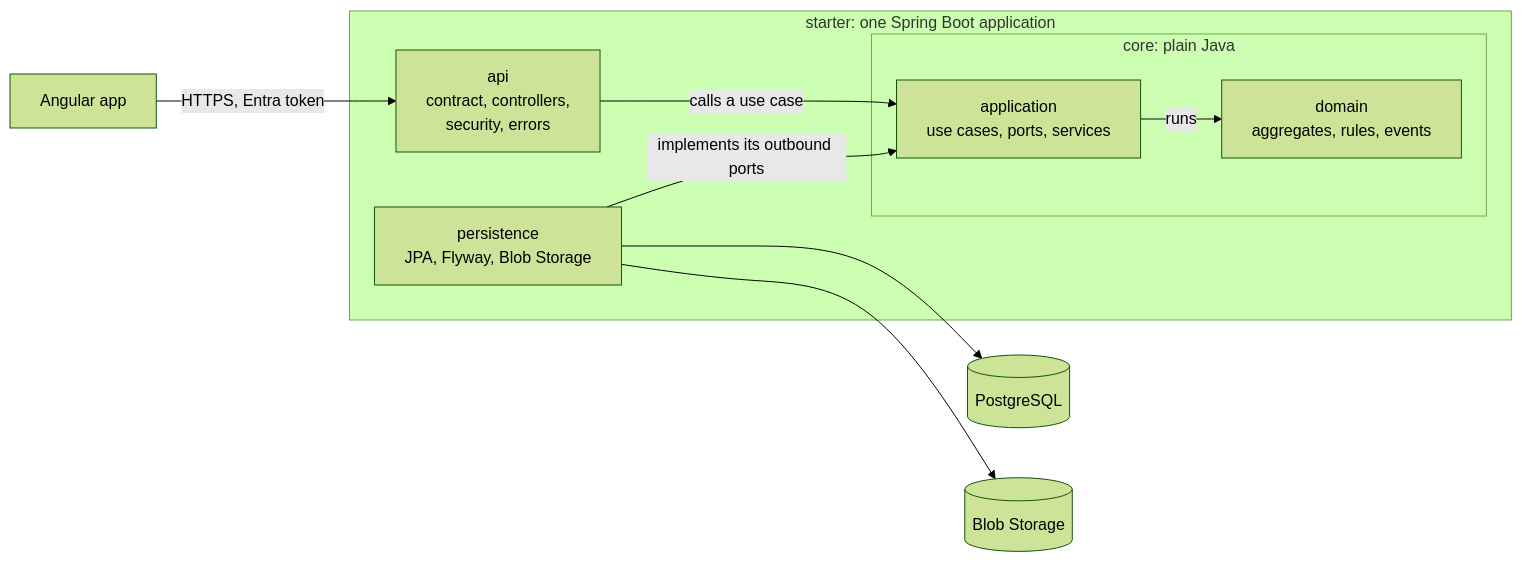
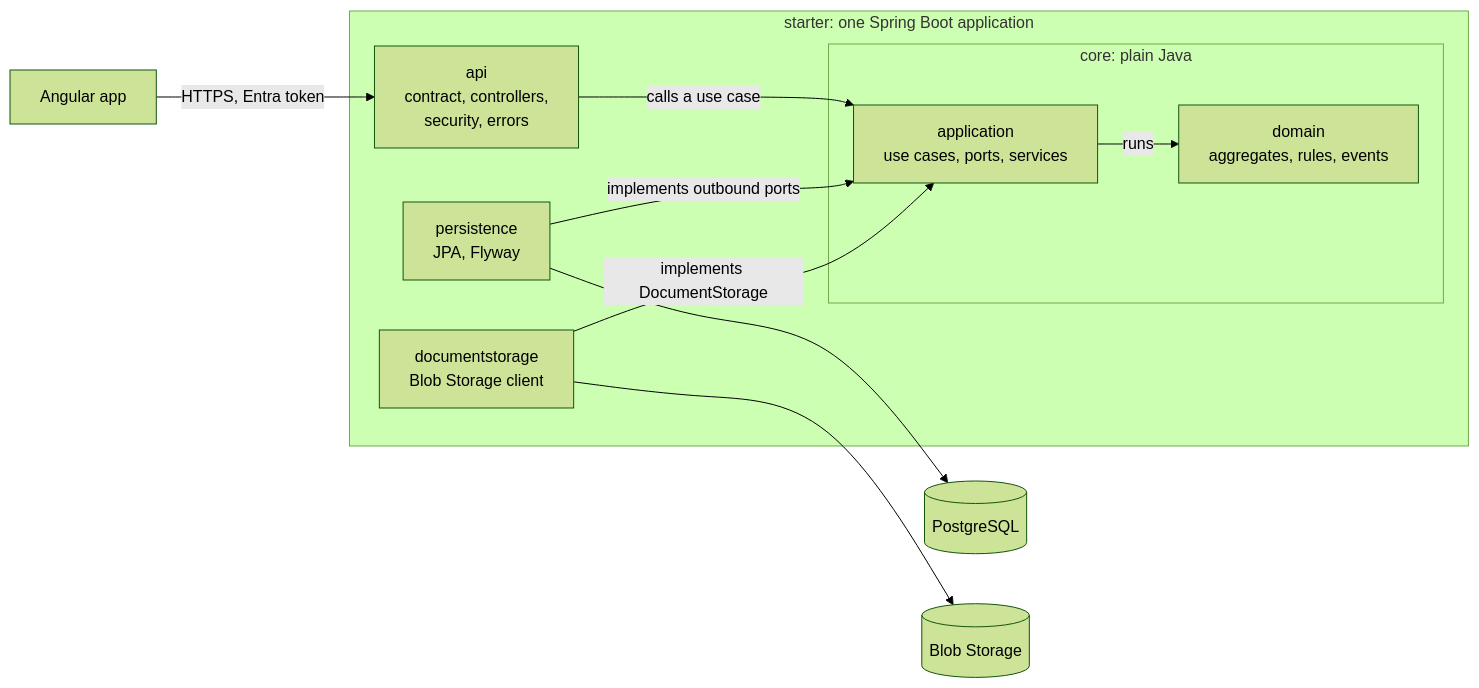
The first of 2 diagrams in README.md (AchZak/civicgrant), drawn with Mermaid (forest theme) before and after one commit. The commit also changed other lines of this file and 19 other files, not shown here.

Commit message:
refactor(persistence): move blob storage into its own adapter module

````diff
--- a/README.md
+++ b/README.md
@@ -60,17 +61,19 @@
 ```mermaid
 flowchart LR
     client["Angular app"] -->|"HTTPS, Entra token"| api
     subgraph app["starter: one Spring Boot application"]
         api["api<br/>contract, controllers,<br/>security, errors"]
         subgraph core["core: plain Java"]
             application["application<br/>use cases, ports, services"]
             domain["domain<br/>aggregates, rules, events"]
             application -->|"runs"| domain
         end
-        persistence["persistence<br/>JPA, Flyway, Blob Storage"]
+        persistence["persistence<br/>JPA, Flyway"]
+        documentstorage["documentstorage<br/>Blob Storage client"]
         api -->|"calls a use case"| application
-        persistence -->|"implements its outbound ports"| application
+        persistence -->|"implements outbound ports"| application
+        documentstorage -->|"implements DocumentStorage"| application
     end
     persistence --> db[("PostgreSQL")]
-    persistence --> blob[("Blob Storage")]
+    documentstorage --> blob[("Blob Storage")]
 ```
````
